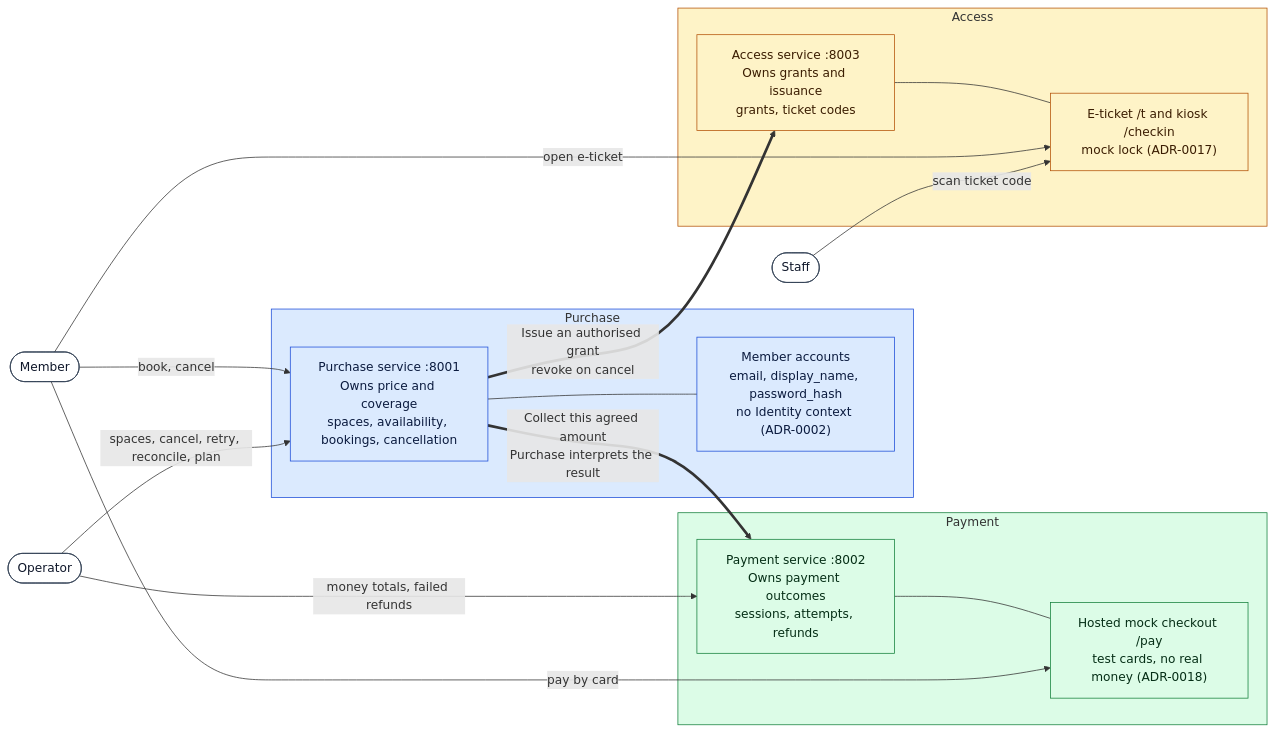
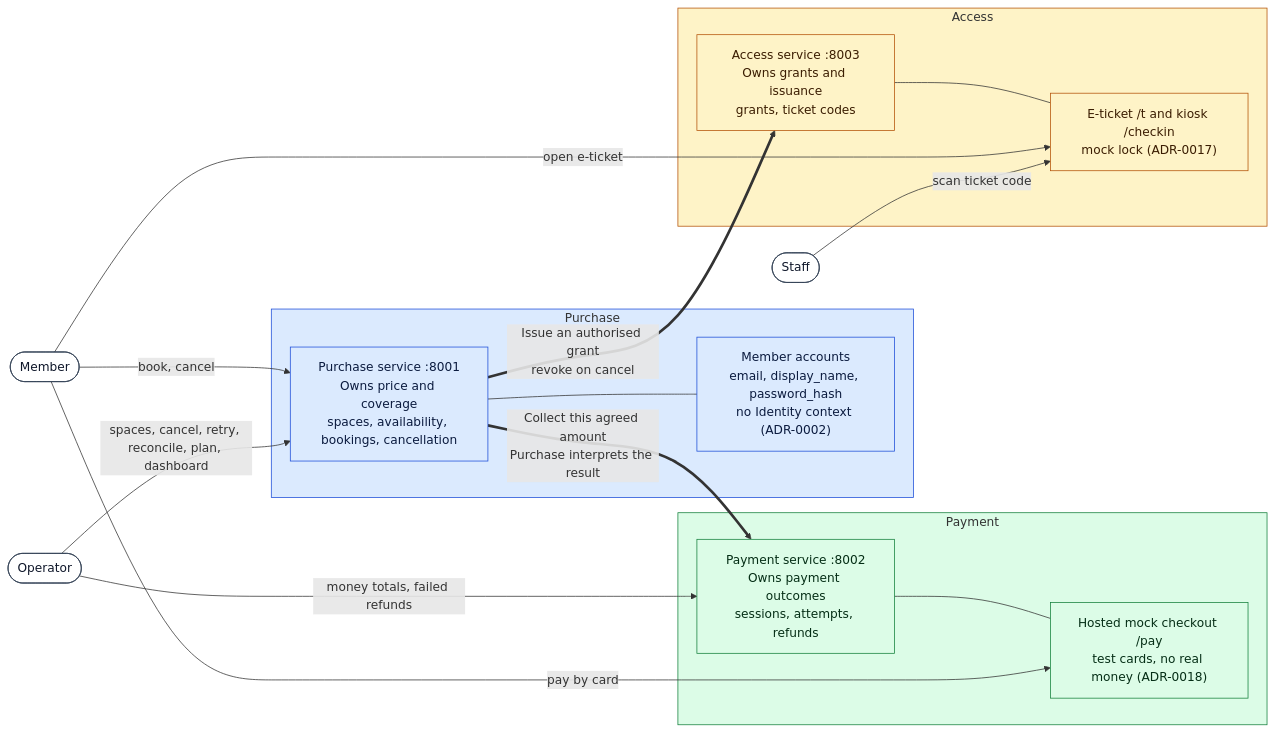
One commit to JedizR/cowork-booking-docs changed the diagram in diagrams/context-map.mmd. Above: the diagram before and after it, drawn with Mermaid. The commit also changed 55 other files, not shown here.

```diff
--- a/diagrams/context-map.mmd
+++ b/diagrams/context-map.mmd
@@ -1,38 +1,38 @@
 flowchart LR
   Member([Member])
   Operator([Operator])
   Staff([Staff])
   subgraph Purchase
     P["Purchase service :8001<br/>Owns price and coverage<br/>spaces, availability, bookings, cancellation"]
     PM_ACC["Member accounts<br/>email, display_name, password_hash<br/>no Identity context (ADR-0002)"]
     P --- PM_ACC
   end
   subgraph Payment
     PAY["Payment service :8002<br/>Owns payment outcomes<br/>sessions, attempts, refunds"]
     PAY_H["Hosted mock checkout /pay<br/>test cards, no real money (ADR-0018)"]
     PAY --- PAY_H
   end
   subgraph Access
     AXS["Access service :8003<br/>Owns grants and issuance<br/>grants, ticket codes"]
     AXS_T["E-ticket /t and kiosk /checkin<br/>mock lock (ADR-0017)"]
     AXS --- AXS_T
   end
   Member -->|"book, cancel"| P
   Member -->|"pay by card"| PAY_H
   Member -->|"open e-ticket"| AXS_T
-  Operator -->|"spaces, cancel, retry, reconcile, plan"| P
+  Operator -->|"spaces, cancel, retry, reconcile, plan, dashboard"| P
   Operator -->|"money totals, failed refunds"| PAY
   Staff -->|"scan ticket code"| AXS_T
   P ==>|"Collect this agreed amount<br/>Purchase interprets the result"| PAY
   P ==>|"Issue an authorised grant<br/>revoke on cancel"| AXS
   classDef actor fill:#ffffff,stroke:#334155,color:#0f172a
   classDef purchase fill:#dbeafe,stroke:#1d4ed8,color:#0b1b3f
   classDef payment fill:#dcfce7,stroke:#15803d,color:#052e16
   classDef access fill:#fef3c7,stroke:#b45309,color:#3b1d02
   class Member,Operator,Staff actor
   class P,PM_ACC purchase
   class PAY,PAY_H payment
   class AXS,AXS_T access
   style Purchase fill:#dbeafe,stroke:#1d4ed8
   style Payment fill:#dcfce7,stroke:#15803d
   style Access fill:#fef3c7,stroke:#b45309
```
